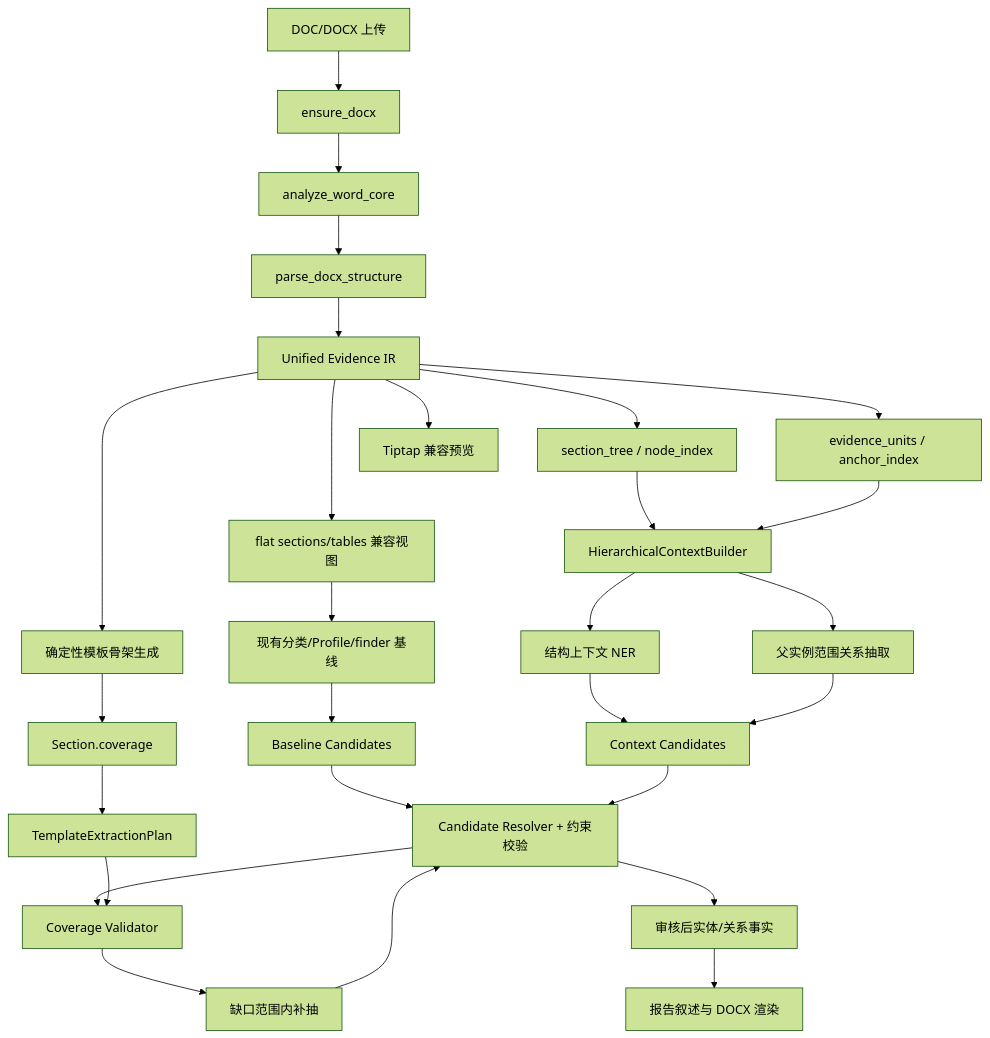
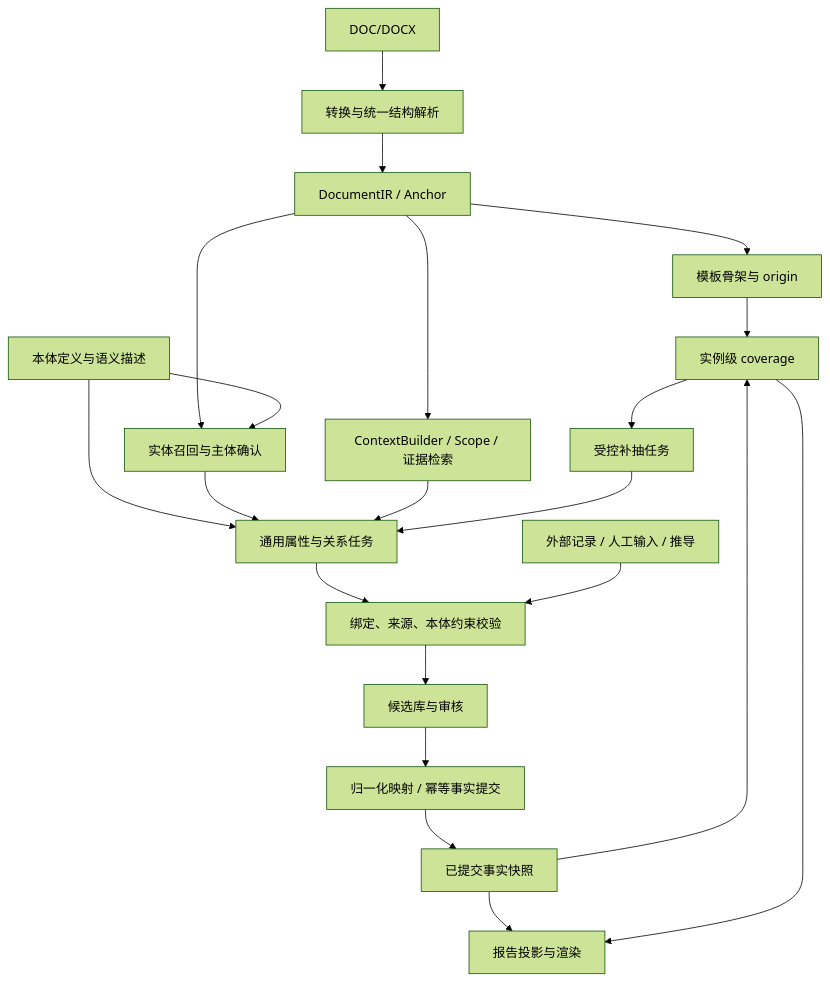
The diagram in docs/文档结构解析能力增强报告模板的关系图谱识别和NER能力.md (chunpingji/ontology-agent), drawn with Mermaid (forest theme) before and after one commit. The commit also changed other lines of this file and 1 other file, not shown here.

First line of the commit message:
Add review document for enhanced document structure parsing capabilities

````diff
--- a/docs/文档结构解析能力增强报告模板的关系图谱识别和NER能力.md
+++ b/docs/文档结构解析能力增强报告模板的关系图谱识别和NER能力.md
@@ -190,36 +136,23 @@
 ```mermaid
 flowchart TB
-    A[DOC/DOCX 上传] --> B[ensure_docx]
-    B --> C[analyze_word_core]
-    C --> D[parse_docx_structure]
-    D --> E[Unified Evidence IR]
-
-    E --> F[section_tree / node_index]
-    E --> G[evidence_units / anchor_index]
-    E --> H[Tiptap 兼容预览]
-    E --> I[flat sections/tables 兼容视图]
-
-    F --> J[HierarchicalContextBuilder]
-    G --> J
-    I --> K[现有分类/Profile/finder 基线]
-
-    J --> L[结构上下文 NER]
-    J --> M[父实例范围关系抽取]
-    E --> N[确定性模板骨架生成]
-
-    K --> O[Baseline Candidates]
-    L --> P[Context Candidates]
-    M --> P
-    O --> Q[Candidate Resolver + 约束校验]
-    P --> Q
-
-    N --> R[Section.coverage]
-    R --> S[TemplateExtractionPlan]
-    Q --> T[Coverage Validator]
-    S --> T
-    T --> U[缺口范围内补抽]
-    U --> Q
-
-    Q --> V[审核后实体/关系事实]
-    V --> W[报告叙述与 DOCX 渲染]
+    A[DOC/DOCX] --> B[转换与统一结构解析]
+    B --> C[DocumentIR / Anchor]
+    C --> D[模板骨架与 origin]
+    C --> E[实体召回与主体确认]
+    C --> F[ContextBuilder / Scope / 证据检索]
+    O[本体定义与语义描述] --> E
+    O --> G[通用属性与关系任务]
+    E --> G
+    F --> G
+    G --> H[绑定、来源、本体约束校验]
+    X[外部记录 / 人工输入 / 推导] --> H
+    H --> I[候选库与审核]
+    I --> J[归一化映射 / 幂等事实提交]
+    J --> K[已提交事实快照]
+    D --> L[实例级 coverage]
+    K --> L
+    L --> M[受控补抽任务]
+    M --> G
+    K --> N[报告投影与渲染]
+    L --> N
 ```
````
